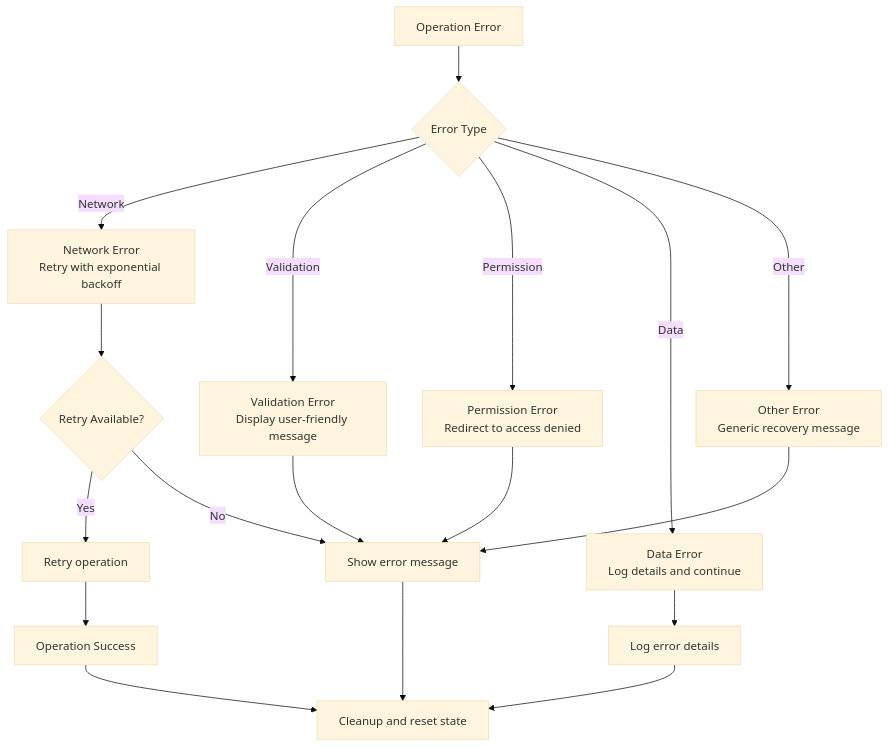
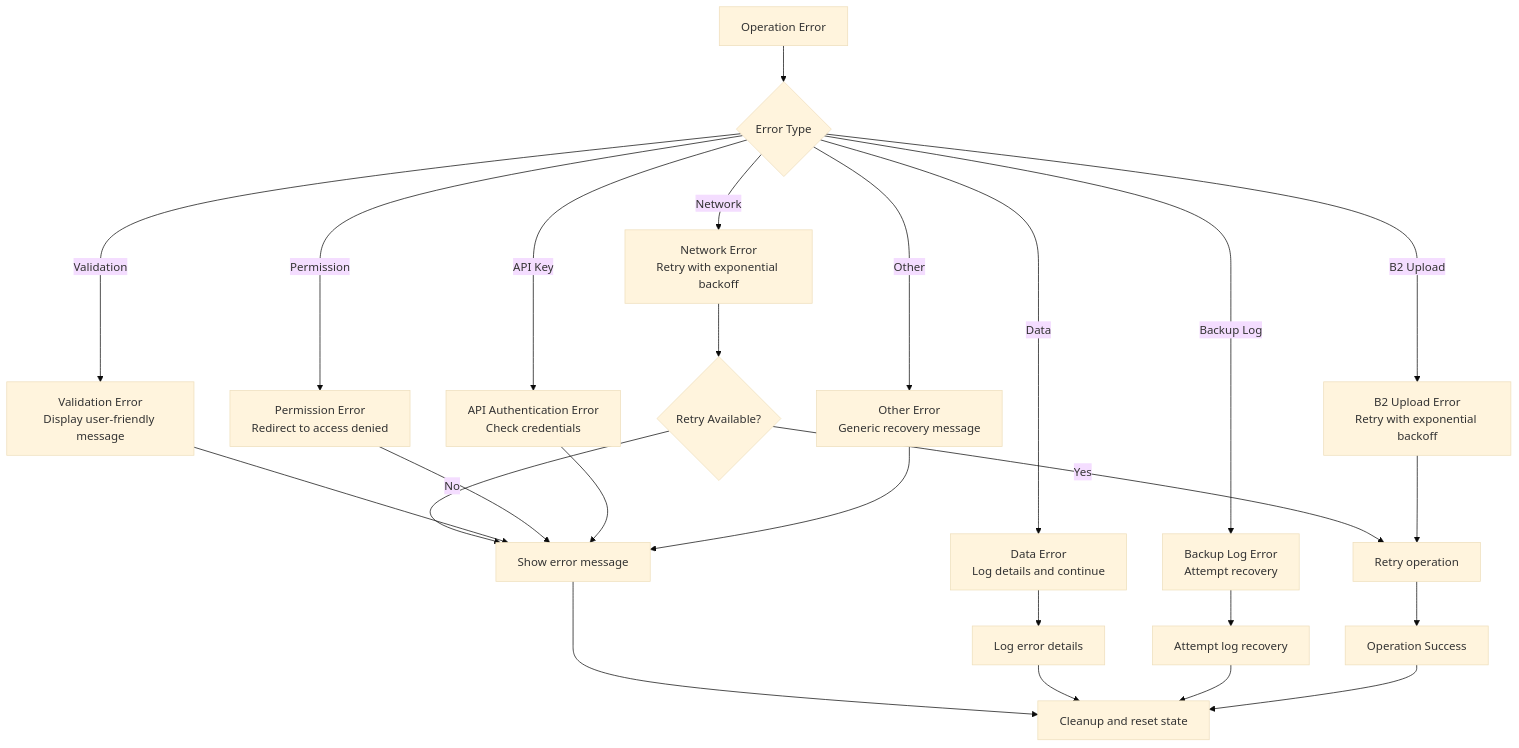
Diagram 18 of 18 in .qoder/repowiki/en/content/Project Overview/Core Features & Functionality/Administrative Features/Backup and Restore System.md (Unsure-bry/sampacoop_system), drawn with Mermaid (base theme) before and after one commit. The commit also changed other lines of this file and 11 other files, not shown here.

````diff
--- a/.qoder/repowiki/en/content/Project Overview/Core Features & Functionality/Administrative Features/Backup and Restore System.md
+++ b/.qoder/repowiki/en/content/Project Overview/Core Features & Functionality/Administrative Features/Backup and Restore System.md
@@ -354,20 +872,27 @@
 ```mermaid
 flowchart TD
 Error[Operation Error] --> CheckType{Error Type}
 CheckType --> |Network| NetworkErr["Network Error<br/>Retry with exponential backoff"]
 CheckType --> |Validation| ValidationErr["Validation Error<br/>Display user-friendly message"]
 CheckType --> |Permission| PermissionErr["Permission Error<br/>Redirect to access denied"]
 CheckType --> |Data| DataErr["Data Error<br/>Log details and continue"]
+CheckType --> |API Key| APIErr["API Authentication Error<br/>Check credentials"]
+CheckType --> |B2 Upload| B2Err["B2 Upload Error<br/>Retry with exponential backoff"]
+CheckType --> |Backup Log| LogErr["Backup Log Error<br/>Attempt recovery"]
 CheckType --> |Other| OtherErr["Other Error<br/>Generic recovery message"]
 NetworkErr --> RetryCheck{Retry Available?}
 RetryCheck --> |Yes| RetryOp["Retry operation"]
 RetryCheck --> |No| ShowError["Show error message"]
 ValidationErr --> ShowError
 PermissionErr --> ShowError
 DataErr --> LogError["Log error details"]
+APIErr --> ShowError
+B2Err --> RetryOp
+LogErr --> RecoverLog["Attempt log recovery"]
 OtherErr --> ShowError
 RetryOp --> Success[Operation Success]
 ShowError --> Cleanup["Cleanup and reset state"]
 LogError --> Cleanup
+RecoverLog --> Cleanup
 Success --> Cleanup
 ```
````
